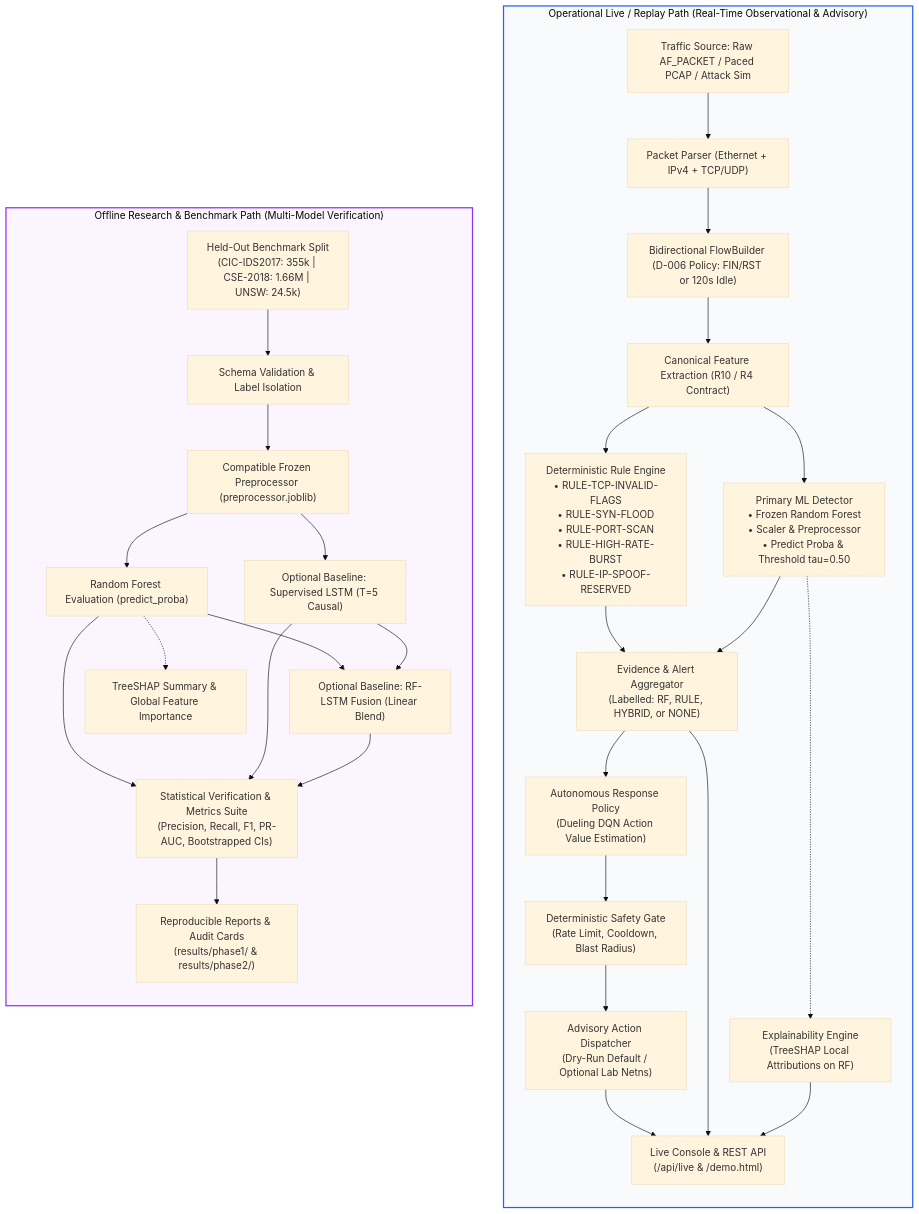
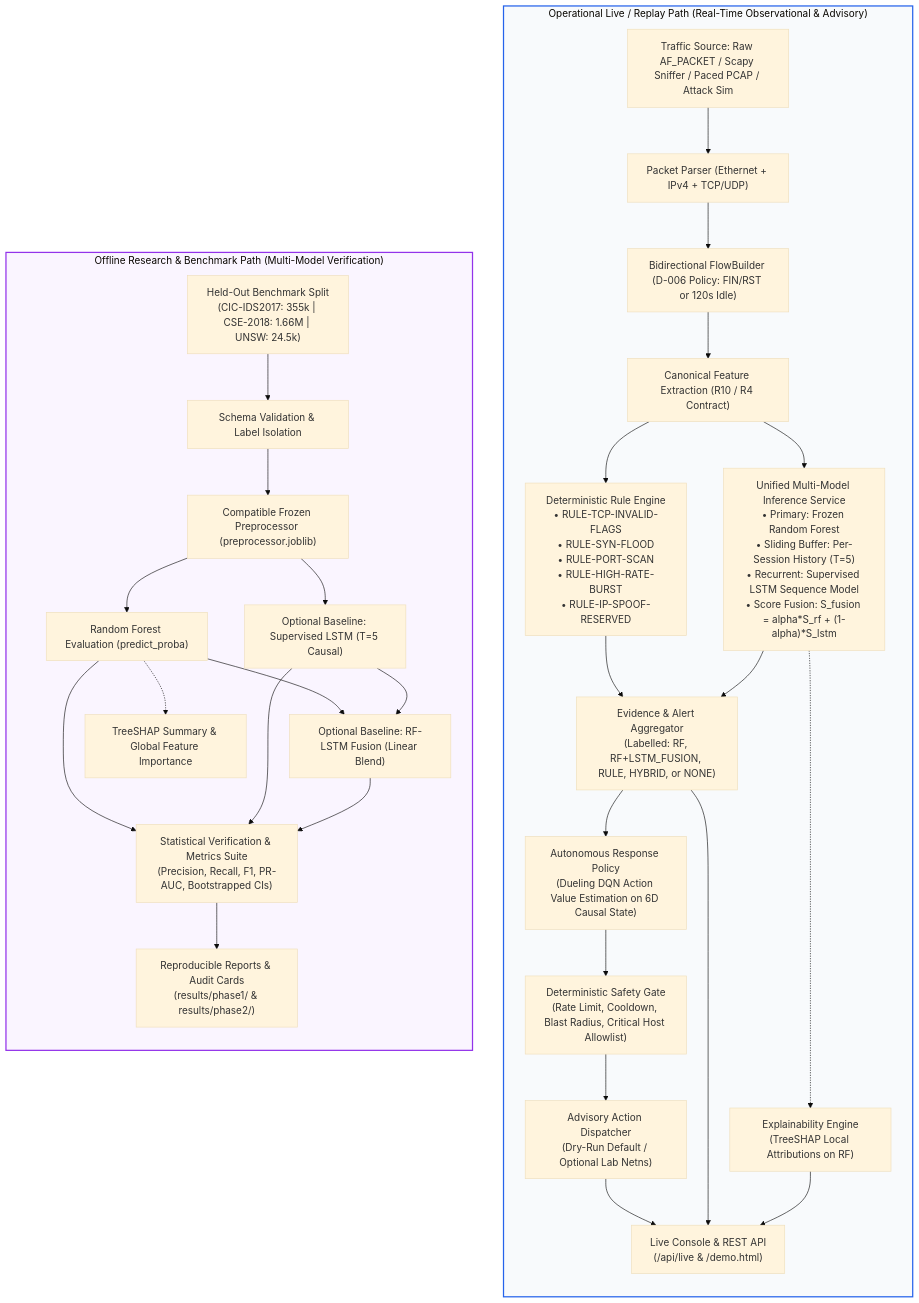
One commit to rishikeshgowdakk/fyp-xrlids changed the first of 2 diagrams in docs/ARCHITECTURE.md. Above: the diagram before and after it, drawn with Mermaid (base theme). The commit also changed other lines of this file and 10 other files, not shown here.

Commit message:
feat(live): wire UnifiedInferenceService and DQN advisory response into LivePipelineRunner and dashboard LiveSession; reconcile architectural documentation

````diff
--- a/docs/ARCHITECTURE.md
+++ b/docs/ARCHITECTURE.md
@@ -63,40 +63,40 @@
 ```mermaid
 flowchart TD
     subgraph LIVE_PATH["Operational Live / Replay Path (Real-Time Observational & Advisory)"]
         direction TB
-        L1["Traffic Source: Raw AF_PACKET / Paced PCAP / Attack Sim"] --> L2["Packet Parser (Ethernet + IPv4 + TCP/UDP)"]
+        L1["Traffic Source: Raw AF_PACKET / Scapy Sniffer / Paced PCAP / Attack Sim"] --> L2["Packet Parser (Ethernet + IPv4 + TCP/UDP)"]
         L2 --> L3["Bidirectional FlowBuilder (D-006 Policy: FIN/RST or 120s Idle)"]
         L3 --> L4["Canonical Feature Extraction (R10 / R4 Contract)"]
         
         L4 --> L5A["Deterministic Rule Engine\n• RULE-TCP-INVALID-FLAGS\n• RULE-SYN-FLOOD\n• RULE-PORT-SCAN\n• RULE-HIGH-RATE-BURST\n• RULE-IP-SPOOF-RESERVED"]
-        L4 --> L5B["Primary ML Detector\n• Frozen Random Forest\n• Scaler & Preprocessor\n• Predict Proba & Threshold tau=0.50"]
+        L4 --> L5B["Unified Multi-Model Inference Service\n• Primary: Frozen Random Forest\n• Sliding Buffer: Per-Session History (T=5)\n• Recurrent: Supervised LSTM Sequence Model\n• Score Fusion: S_fusion = alpha*S_rf + (1-alpha)*S_lstm"]
         
-        L5A --> L6["Evidence & Alert Aggregator\n(Labelled: RF, RULE, HYBRID, or NONE)"]
+        L5A --> L6["Evidence & Alert Aggregator\n(Labelled: RF, RF+LSTM_FUSION, RULE, HYBRID, or NONE)"]
         L5B --> L6
         
         L5B -.-> L7["Explainability Engine\n(TreeSHAP Local Attributions on RF)"]
         
-        L6 --> L8["Autonomous Response Policy\n(Dueling DQN Action Value Estimation)"]
-        L8 --> L9["Deterministic Safety Gate\n(Rate Limit, Cooldown, Blast Radius)"]
+        L6 --> L8["Autonomous Response Policy\n(Dueling DQN Action Value Estimation on 6D Causal State)"]
+        L8 --> L9["Deterministic Safety Gate\n(Rate Limit, Cooldown, Blast Radius, Critical Host Allowlist)"]
         L9 --> L10["Advisory Action Dispatcher\n(Dry-Run Default / Optional Lab Netns)"]
         
         L6 --> L11["Live Console & REST API\n(/api/live & /demo.html)"]
         L7 --> L11
         L10 --> L11
     end
 
     subgraph OFFLINE_PATH["Offline Research & Benchmark Path (Multi-Model Verification)"]
         direction TB
         O1["Held-Out Benchmark Split\n(CIC-IDS2017: 355k | CSE-2018: 1.66M | UNSW: 24.5k)"] --> O2["Schema Validation & Label Isolation"]
         O2 --> O3["Compatible Frozen Preprocessor (preprocessor.joblib)"]
         O3 --> O4["Random Forest Evaluation (predict_proba)"]
         O3 --> O5["Optional Baseline: Supervised LSTM (T=5 Causal)"]
         O4 & O5 --> O6["Optional Baseline: RF-LSTM Fusion (Linear Blend)"]
         O4 & O5 & O6 --> O7["Statistical Verification & Metrics Suite\n(Precision, Recall, F1, PR-AUC, Bootstrapped CIs)"]
         O4 -.-> O8["TreeSHAP Summary & Global Feature Importance"]
         O7 --> O9["Reproducible Reports & Audit Cards\n(results/phase1/ & results/phase2/)"]
     end
 
     style LIVE_PATH fill:#f8fafc,stroke:#2563eb,stroke-width:2px
     style OFFLINE_PATH fill:#faf5ff,stroke:#9333ea,stroke-width:2px
 ```
````
